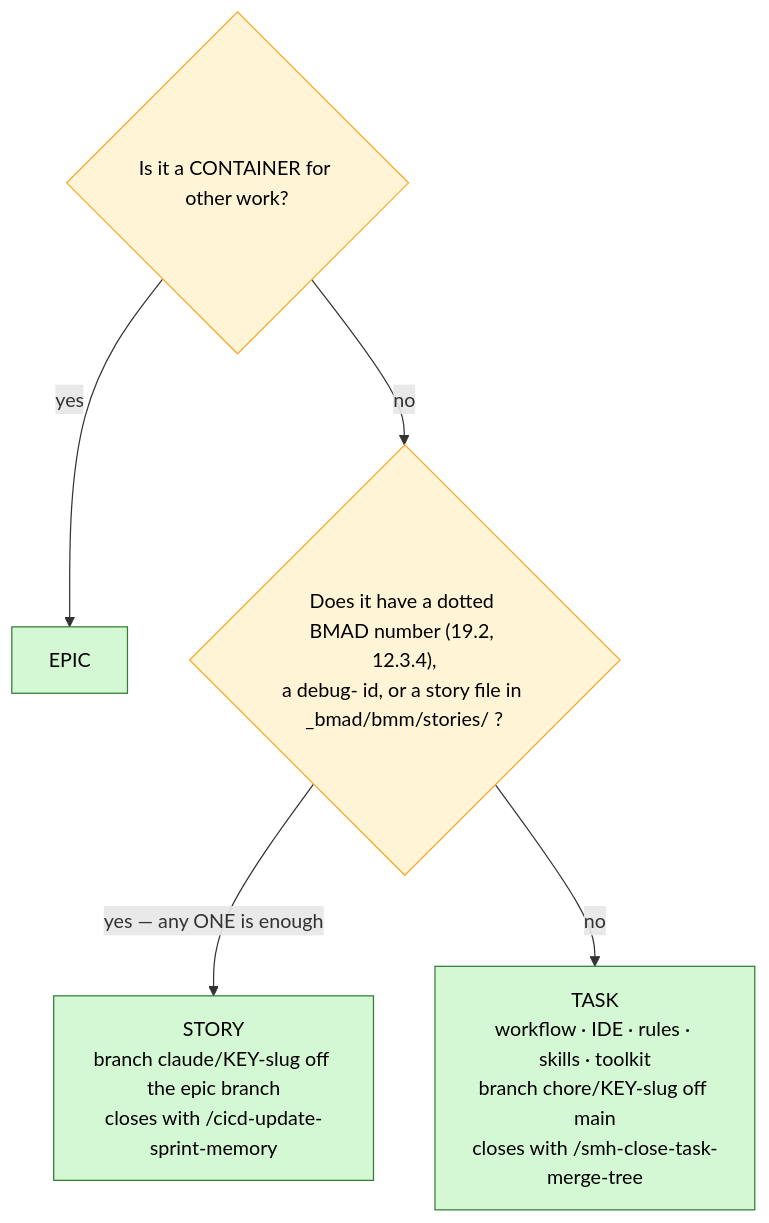
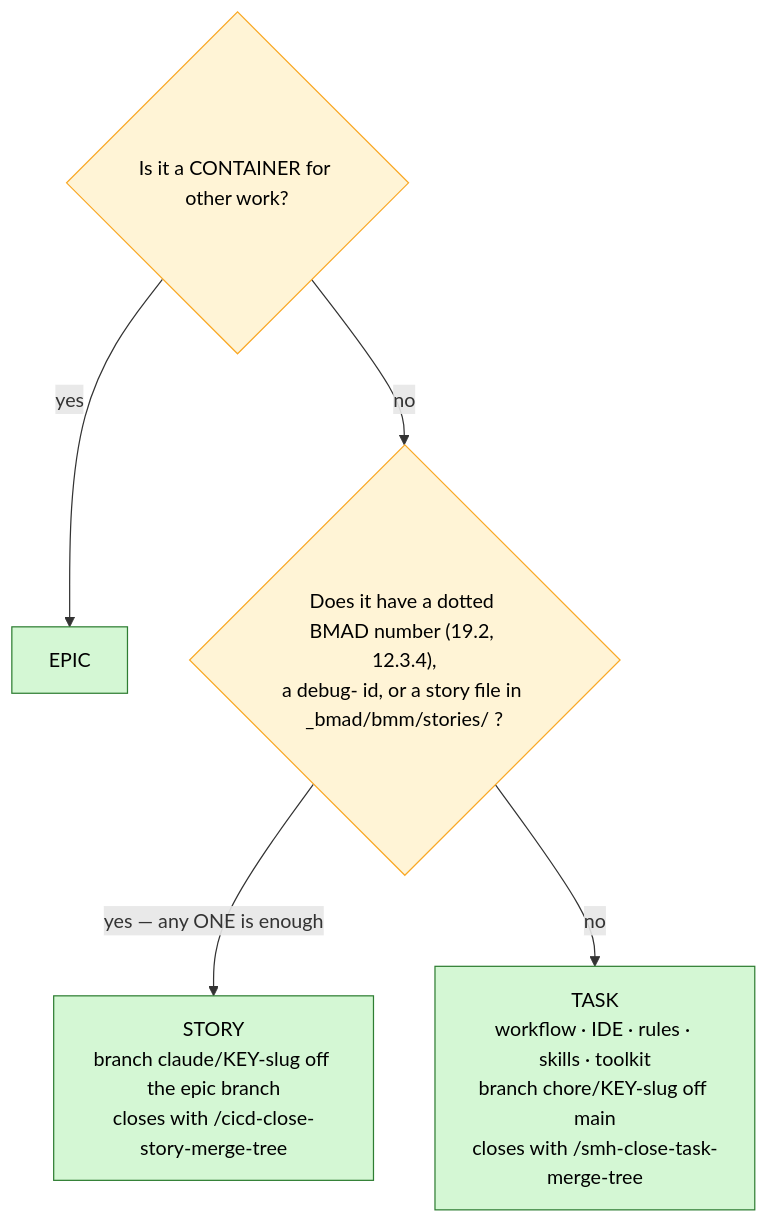
Before and after one commit to sudomadhatter/Sudo_Hatter_Command: the third of 5 diagrams in docs/_scc_sops_prds/jira_manual.md, drawn with Mermaid. The commit also changed other lines of this file and 97 other files, not shown here.

First line of the commit message:
SCC-210 rebalance the cicd close-out: the door, the save, and the prune

````diff
--- a/docs/_scc_sops_prds/jira_manual.md
+++ b/docs/_scc_sops_prds/jira_manual.md
@@ -125,13 +125,13 @@
 ```mermaid
 flowchart TD
     C{"Is it a CONTAINER for other work?"}
     C -->|"yes"| E["EPIC"]
     C -->|"no"| Q{"Does it have a dotted BMAD number (19.2, 12.3.4),\na debug- id, or a story file in _bmad/bmm/stories/ ?"}
-    Q -->|"yes — any ONE is enough"| S["STORY\nbranch claude/KEY-slug off the epic branch\ncloses with /cicd-update-sprint-memory"]
+    Q -->|"yes — any ONE is enough"| S["STORY\nbranch claude/KEY-slug off the epic branch\ncloses with /cicd-close-story-merge-tree"]
     Q -->|"no"| T["TASK\nworkflow · IDE · rules · skills · toolkit\nbranch chore/KEY-slug off main\ncloses with /smh-close-task-merge-tree"]
 
     classDef good fill:#d4f7d4,stroke:#2e7d32,color:#000
     classDef gate fill:#fff4d6,stroke:#f9a825,color:#000
     class S,T,E good
     class C,Q gate
 ```
````
